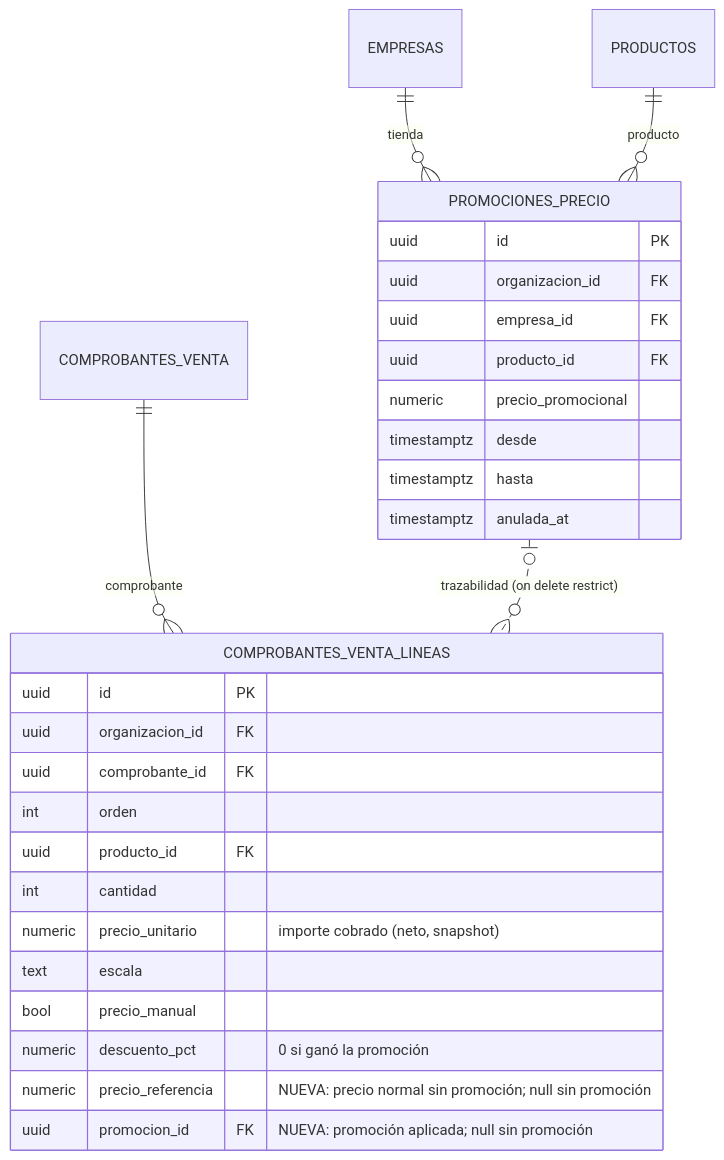
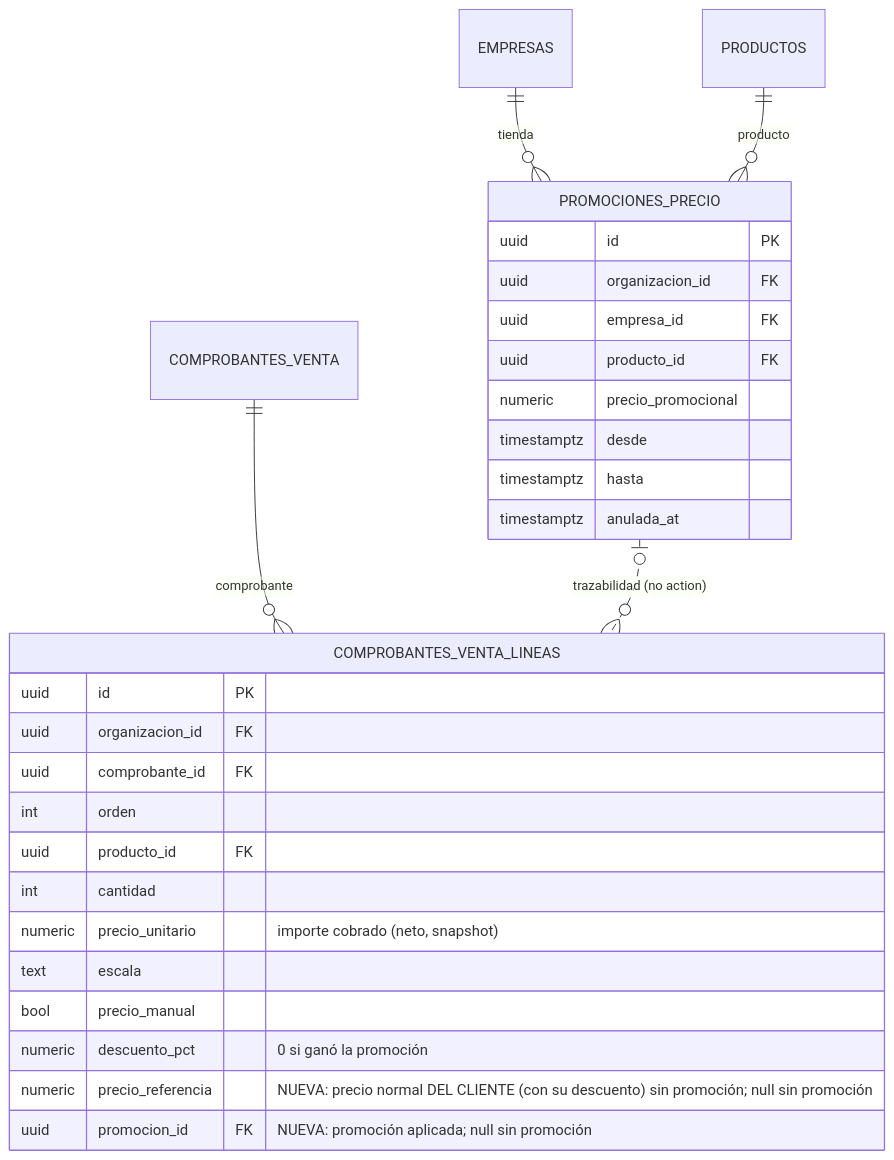
The first of 3 diagrams in specs/20261113-120000-precio-promocional-en-pos-y-comprobantes/spec.md (nicolasjones/multistorefront-meli), drawn with Mermaid before and after one commit. The commit also changed other lines of this file and 8 other files, not shown here.

````diff
--- a/specs/20261113-120000-precio-promocional-en-pos-y-comprobantes/spec.md
+++ b/specs/20261113-120000-precio-promocional-en-pos-y-comprobantes/spec.md
@@ -86,32 +86,32 @@
 ```mermaid
 erDiagram
   COMPROBANTES_VENTA ||--o{ COMPROBANTES_VENTA_LINEAS : "comprobante"
   EMPRESAS ||--o{ PROMOCIONES_PRECIO : "tienda"
   PRODUCTOS ||--o{ PROMOCIONES_PRECIO : "producto"
-  PROMOCIONES_PRECIO |o..o{ COMPROBANTES_VENTA_LINEAS : "trazabilidad (on delete restrict)"
+  PROMOCIONES_PRECIO |o..o{ COMPROBANTES_VENTA_LINEAS : "trazabilidad (no action)"
 
   COMPROBANTES_VENTA_LINEAS {
     uuid id PK
     uuid organizacion_id FK
     uuid comprobante_id FK
     int orden
     uuid producto_id FK
     int cantidad
     numeric precio_unitario "importe cobrado (neto, snapshot)"
     text escala
     bool precio_manual
     numeric descuento_pct "0 si ganó la promoción"
-    numeric precio_referencia "NUEVA: precio normal sin promoción; null sin promoción"
+    numeric precio_referencia "NUEVA: precio normal DEL CLIENTE (con su descuento) sin promoción; null sin promoción"
     uuid promocion_id FK "NUEVA: promoción aplicada; null sin promoción"
   }
   PROMOCIONES_PRECIO {
     uuid id PK
     uuid organizacion_id FK
     uuid empresa_id FK
     uuid producto_id FK
     numeric precio_promocional
     timestamptz desde
     timestamptz hasta
     timestamptz anulada_at
   }
 ```
````
